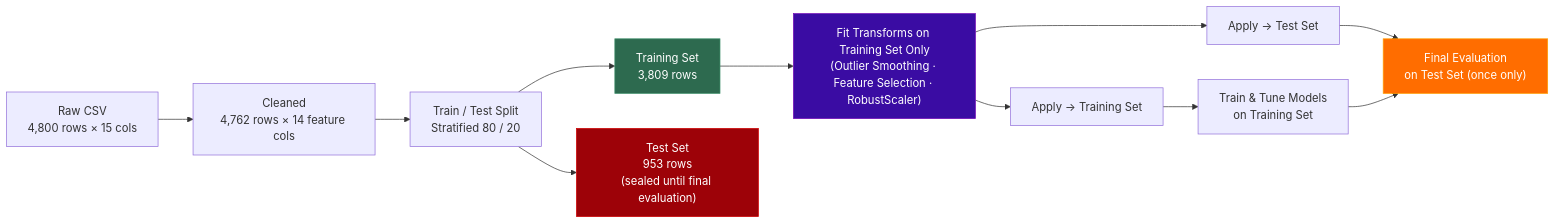
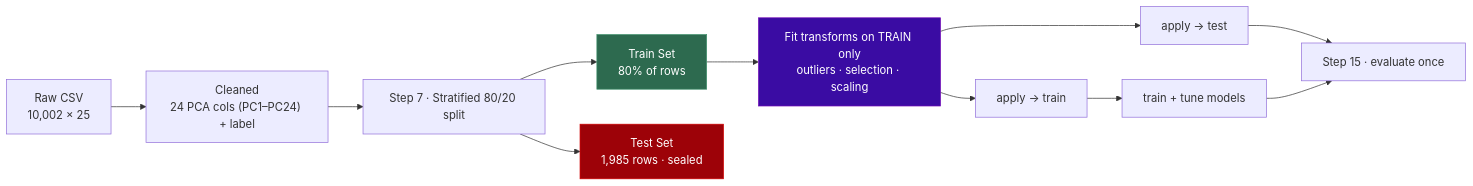
Before and after one commit to VICKYPATIL2525/Mindspace-ml-pipeline-text-to-mentel-health-class: the second of 2 diagrams in project flow diagrams/VOICE_PIPELINE_FLOW.md, drawn with Mermaid. The commit also changed other lines of this file and 4 other files, not shown here.

Commit message:
added flow diagrams

````diff
--- a/project flow diagrams/VOICE_PIPELINE_FLOW.md
+++ b/project flow diagrams/VOICE_PIPELINE_FLOW.md
@@ -91,26 +72,15 @@
 ```mermaid
 flowchart LR
-    RAW["Raw CSV\n4,800 rows × 15 cols"]
-    CLEAN["Cleaned\n4,762 rows × 14 feature cols"]
-    SPLIT["Train / Test Split\nStratified 80 / 20"]
-    TRAINSET["Training Set\n3,809 rows"]
-    TESTSET["Test Set\n953 rows\n(sealed until final evaluation)"]
-    FIT["Fit Transforms on Training Set Only\n(Outlier Smoothing · Feature Selection · RobustScaler)"]
-    APPLY_TRAIN["Apply → Training Set"]
-    APPLY_TEST["Apply → Test Set"]
-    MODEL["Train & Tune Models\non Training Set"]
-    EVALUATE["Final Evaluation\non Test Set (once only)"]
+    RAW["Raw CSV<br/>10,002 × 25"] --> CLEAN["Cleaned<br/>24 PCA cols (PC1–PC24) + label"]
+    CLEAN --> SPLIT["Step 7 · Stratified 80/20 split"]
+    SPLIT --> TRAIN["Train Set<br/>80% of rows"]
+    SPLIT --> TEST["Test Set<br/>1,985 rows · sealed"]
+    TRAIN --> FIT["Fit transforms on TRAIN only<br/>outliers · selection · scaling"]
+    FIT --> AP_TR["apply → train"] --> TRAINMODEL["train + tune models"]
+    FIT --> AP_TE["apply → test"] --> EVAL["Step 15 · evaluate once"]
+    TRAINMODEL --> EVAL
 
-    RAW --> CLEAN --> SPLIT
-    SPLIT --> TRAINSET
-    SPLIT --> TESTSET
-    TRAINSET --> FIT
-    FIT --> APPLY_TRAIN --> MODEL
-    FIT --> APPLY_TEST --> EVALUATE
-    MODEL --> EVALUATE
-
-    style TRAINSET fill:#2d6a4f,stroke:#40916c,color:#fff
-    style TESTSET fill:#9d0208,stroke:#d00000,color:#fff
+    style TRAIN fill:#2d6a4f,stroke:#40916c,color:#fff
+    style TEST fill:#9d0208,stroke:#d00000,color:#fff
     style FIT fill:#3a0ca3,stroke:#7209b7,color:#fff
-    style EVALUATE fill:#ff6d00,stroke:#ff9e00,color:#fff
 ```
````
